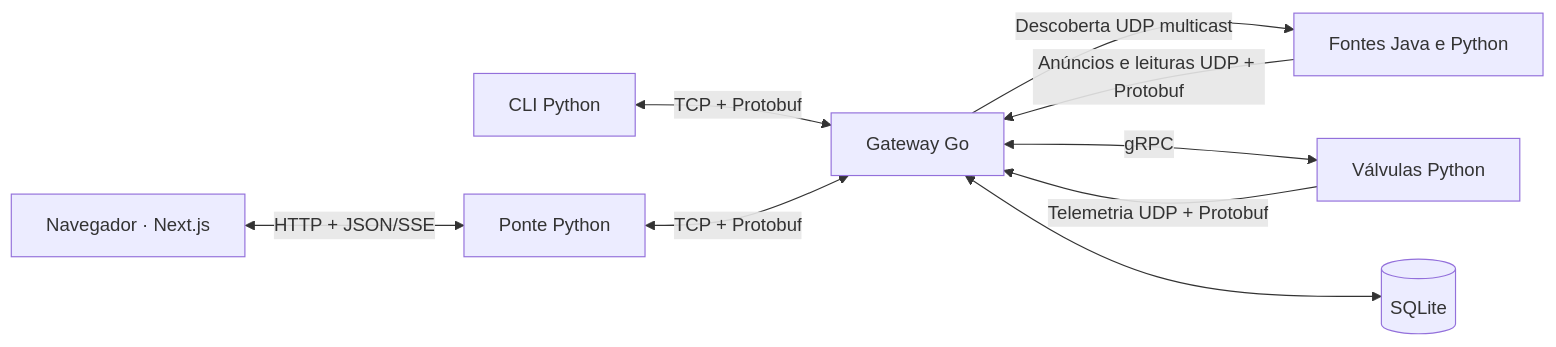
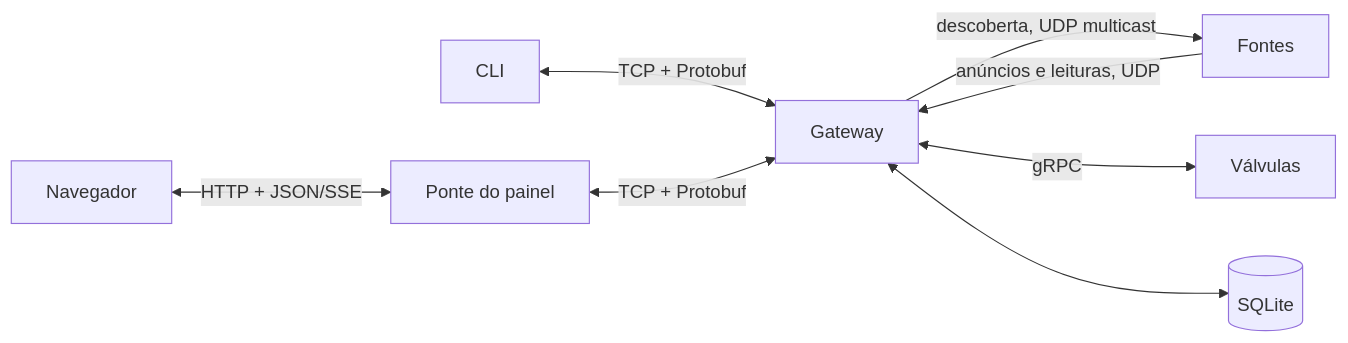
The diagram in docs/arquitetura.md (wilson-castro/agromesh), drawn with Mermaid before and after one commit. The commit also changed other lines of this file and 1 other file, not shown here.

````diff
--- a/docs/arquitetura.md
+++ b/docs/arquitetura.md
@@ -21,11 +17,10 @@
 ```mermaid
 flowchart LR
-    C[CLI Python] <-->|TCP + Protobuf| G[Gateway Go]
-    B[Navegador · Next.js] <-->|HTTP + JSON/SSE| D[Ponte Python]
+    C[CLI] <-->|TCP + Protobuf| G[Gateway]
+    B[Navegador] <-->|HTTP + JSON/SSE| D[Ponte do painel]
     D <-->|TCP + Protobuf| G
-    G -->|Descoberta UDP multicast| S[Fontes Java e Python]
-    S -->|Anúncios e leituras UDP + Protobuf| G
-    G <-->|gRPC| V[Válvulas Python]
-    V -->|Telemetria UDP + Protobuf| G
+    G -->|descoberta, UDP multicast| S[Fontes]
+    S -->|anúncios e leituras, UDP| G
+    G <-->|gRPC| V[Válvulas]
     G <--> DB[(SQLite)]
 ```
````
